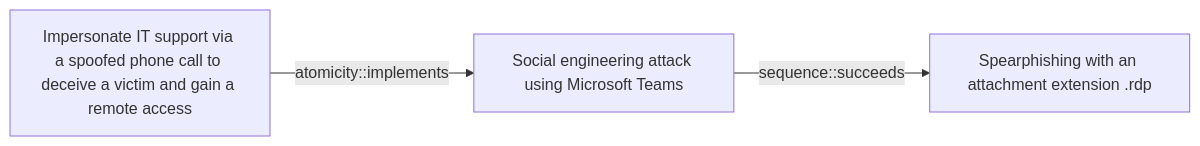
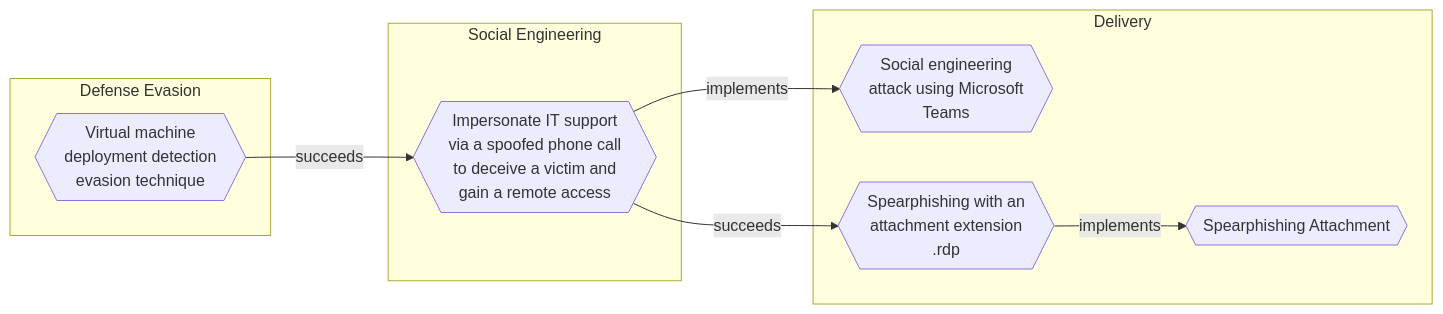
The diagram in docs/threats/impersonate-it-support-via-a-spoofed-phone-call-to-deceive-a-victim-and-gain-a-remote-access.md (opentidehq/library), drawn with Mermaid before and after one commit. The commit also changed other lines of this file and 540 other files, not shown here.

````diff
--- a/docs/threats/impersonate-it-support-via-a-spoofed-phone-call-to-deceive-a-victim-and-gain-a-remote-access.md
+++ b/docs/threats/impersonate-it-support-via-a-spoofed-phone-call-to-deceive-a-victim-and-gain-a-remote-access.md
@@ -102,8 +127,18 @@
 ```mermaid
 flowchart LR
-c4456134_df7b_4969_b5ff_a24794996890["Impersonate IT support via a spoofed phone call to deceive a victim and gain a remote access"]
-06c60af1_5fa8_493c_bf9b_6b2e215819f1["Social engineering attack using Microsoft Teams"]
-58b98d75_fc63_4662_8908_a2a7f4200902["Spearphishing with an attachment extension .rdp"]
-c4456134_df7b_4969_b5ff_a24794996890 -->|atomicity::implements| 06c60af1_5fa8_493c_bf9b_6b2e215819f1
-06c60af1_5fa8_493c_bf9b_6b2e215819f1 -->|sequence::succeeds| 58b98d75_fc63_4662_8908_a2a7f4200902
+subgraph "Social Engineering"
+c4456134_df7b_4969_b5ff_a24794996890{{"Impersonate IT support<br>via a spoofed phone call<br>to deceive a victim and<br>gain a remote access"}}
+end
+subgraph "Defense Evasion"
+60bd6a35_3a71_47c2_8110_4562fb40976c{{"Virtual machine<br>deployment detection<br>evasion technique"}}
+end
+subgraph "Delivery"
+06c60af1_5fa8_493c_bf9b_6b2e215819f1{{"Social engineering<br>attack using Microsoft<br>Teams"}}
+58b98d75_fc63_4662_8908_a2a7f4200902{{"Spearphishing with an<br>attachment extension<br>.rdp"}}
+dd5d942c_bac4_4000_b9a6_ca4fef6cfb84{{"Spearphishing Attachment"}}
+end
+60bd6a35_3a71_47c2_8110_4562fb40976c -->|succeeds| c4456134_df7b_4969_b5ff_a24794996890
+c4456134_df7b_4969_b5ff_a24794996890 -->|implements| 06c60af1_5fa8_493c_bf9b_6b2e215819f1
+c4456134_df7b_4969_b5ff_a24794996890 -->|succeeds| 58b98d75_fc63_4662_8908_a2a7f4200902
+58b98d75_fc63_4662_8908_a2a7f4200902 -->|implements| dd5d942c_bac4_4000_b9a6_ca4fef6cfb84
 ```
````
